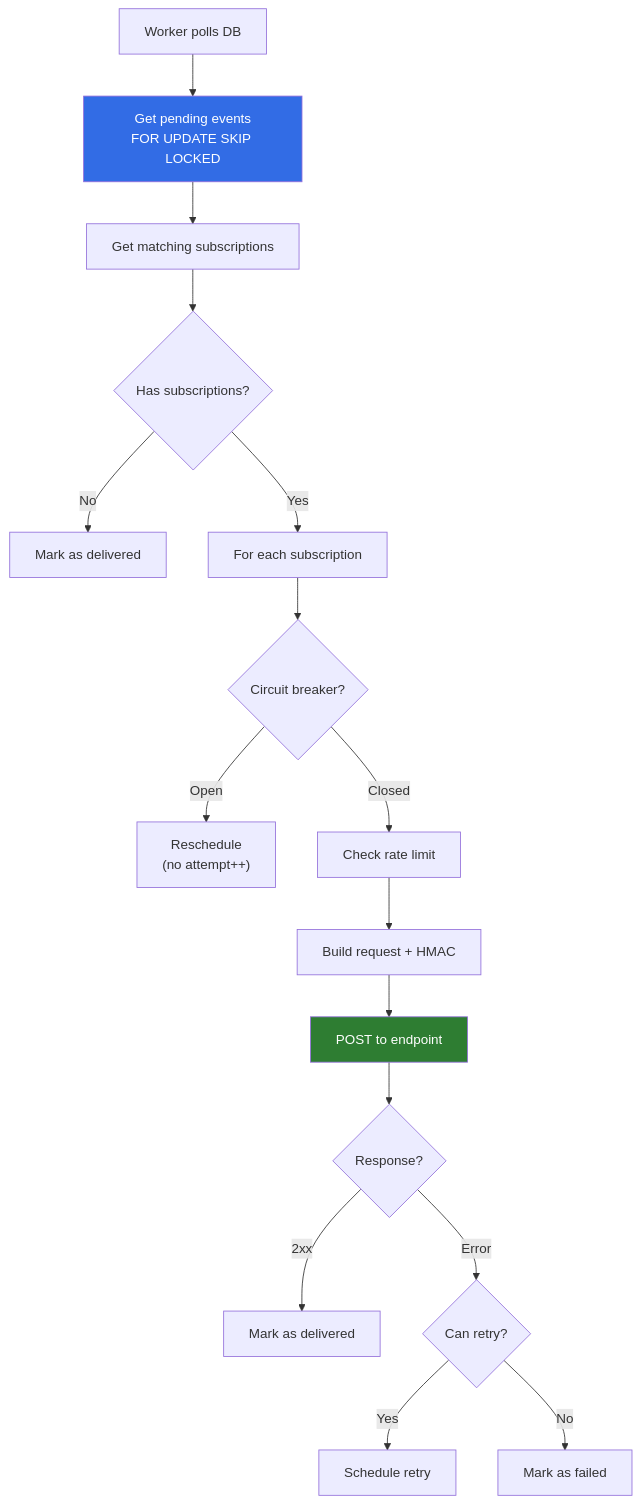
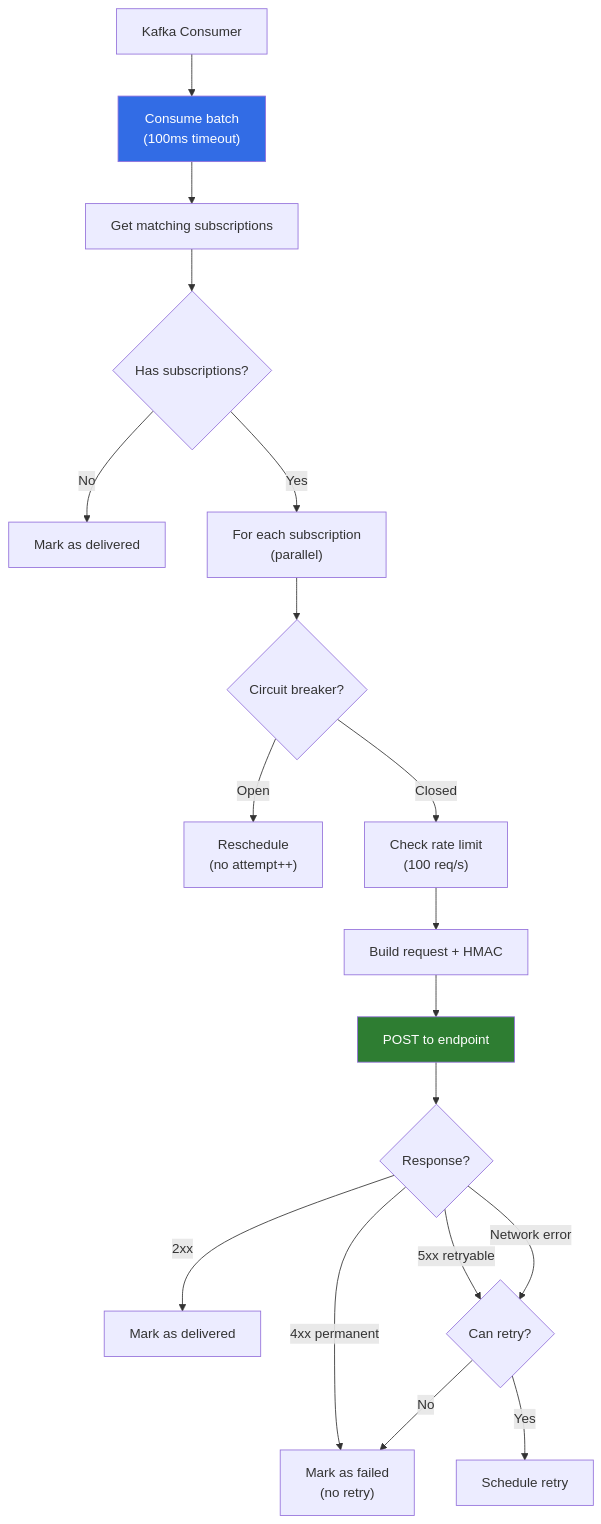
Before and after one commit to felipepmaragno/webhook-service: the eighth of 11 diagrams in docs/architecture.md, drawn with Mermaid. The commit also changed other lines of this file and 2 other files, not shown here.

First line of the commit message:
docs: update documentation for Kafka architecture and intelligent retry

````diff
--- a/docs/architecture.md
+++ b/docs/architecture.md
@@ -272,26 +295,28 @@
 ```mermaid
 flowchart TD
-    A["Worker polls DB"] --> B["Get pending events<br/>FOR UPDATE SKIP LOCKED"]
+    A["Kafka Consumer"] --> B["Consume batch<br/>(100ms timeout)"]
     B --> C["Get matching subscriptions"]
     C --> D{"Has subscriptions?"}
     
     D -->|No| E["Mark as delivered"]
-    D -->|Yes| F["For each subscription"]
+    D -->|Yes| F["For each subscription<br/>(parallel)"]
     
     F --> G{"Circuit breaker?"}
     G -->|Open| H["Reschedule<br/>(no attempt++)"]
-    G -->|Closed| I["Check rate limit"]
+    G -->|Closed| I["Check rate limit<br/>(100 req/s)"]
     
     I --> J["Build request + HMAC"]
     J --> K["POST to endpoint"]
     
     K --> L{"Response?"}
     L -->|2xx| M["Mark as delivered"]
-    L -->|Error| N{"Can retry?"}
+    L -->|4xx permanent| P["Mark as failed<br/>(no retry)"]
+    L -->|5xx retryable| N{"Can retry?"}
+    L -->|Network error| N
     
     N -->|Yes| O["Schedule retry"]
-    N -->|No| P["Mark as failed"]
+    N -->|No| P
     
     style B fill:#326ce5,color:#fff
     style K fill:#2e7d32,color:#fff
 ```
````
